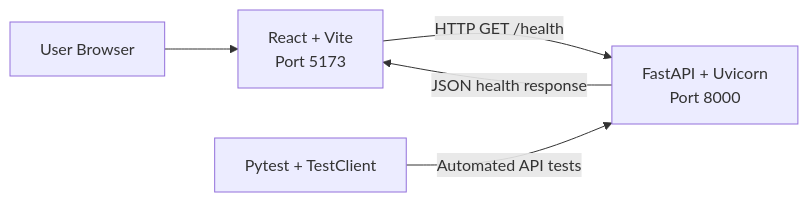
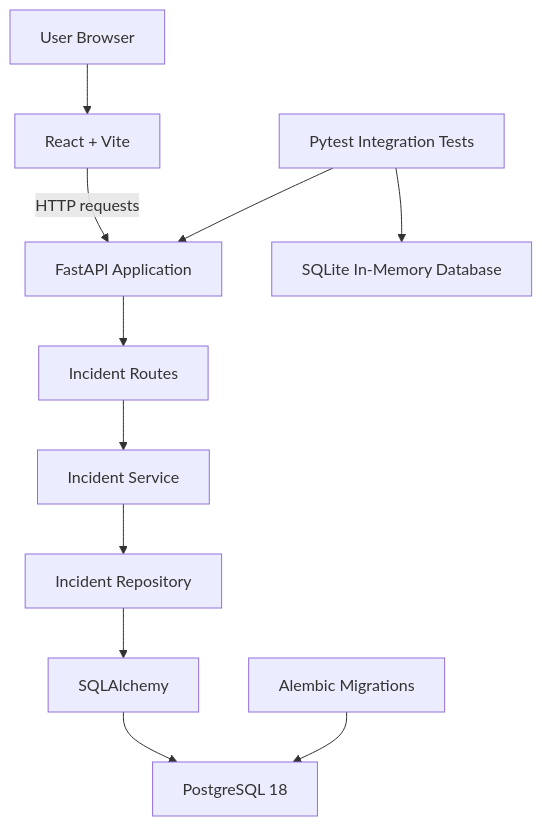
Before and after one commit to AJooujee/Software_Engineering_Career_Projects: the diagram in cloud-deployed-full-stack-system/docs/architecture.md, drawn with Mermaid. The commit also changed other lines of this file and 27 other files, not shown here.

Commit message:
feat(cloud): add PostgreSQL incident management API

````diff
--- a/cloud-deployed-full-stack-system/docs/architecture.md
+++ b/cloud-deployed-full-stack-system/docs/architecture.md
@@ -11,12 +11,25 @@
 ```mermaid
-flowchart LR
+flowchart TD
     User["User Browser"]
-    Frontend["React + Vite<br/>Port 5173"]
-    Backend["FastAPI + Uvicorn<br/>Port 8000"]
-    Tests["Pytest + TestClient"]
+    Frontend["React + Vite"]
+    API["FastAPI Application"]
+    Routes["Incident Routes"]
+    Service["Incident Service"]
+    Repository["Incident Repository"]
+    ORM["SQLAlchemy"]
+    Database["PostgreSQL 18"]
+    Migrations["Alembic Migrations"]
+    Tests["Pytest Integration Tests"]
+    TestDatabase["SQLite In-Memory Database"]
 
     User --> Frontend
-    Frontend -->|"HTTP GET /health"| Backend
-    Backend -->|"JSON health response"| Frontend
-    Tests -->|"Automated API tests"| Backend
+    Frontend -->|"HTTP requests"| API
+    API --> Routes
+    Routes --> Service
+    Service --> Repository
+    Repository --> ORM
+    ORM --> Database
+    Migrations --> Database
+    Tests --> API
+    Tests --> TestDatabase
 ```
````
